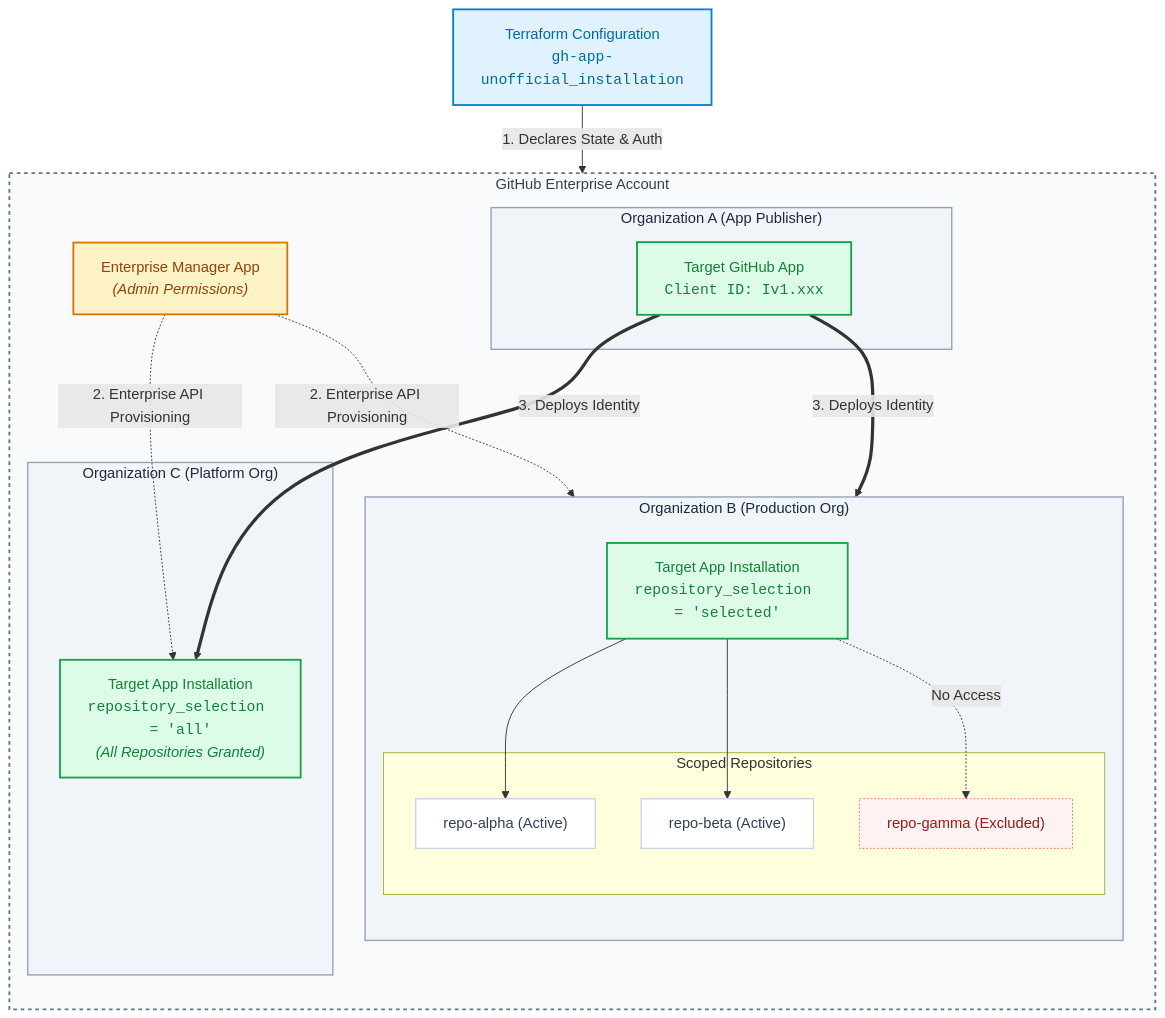
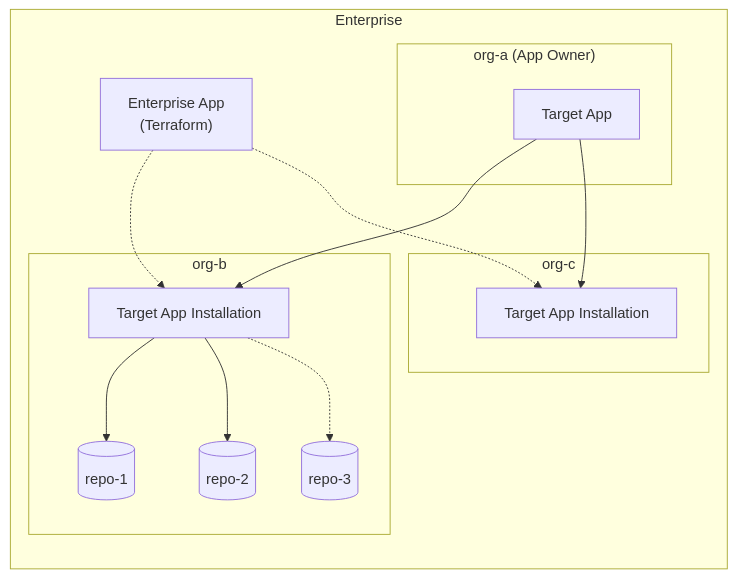
One commit to google/terraform-provider-gh-app-unofficial changed the diagram in README.md. Above: the diagram before and after it, drawn with Mermaid. The commit also changed 1 other file, not shown here.

Commit message:
update graphs

````diff
--- a/README.md
+++ b/README.md
@@ -38,48 +38,33 @@
 ```mermaid
 flowchart TD
-    %% Styling Classes
-    classDef tf fill:#e0f2fe,stroke:#0284c7,stroke-width:2px,color:#0369a1;
-    classDef ent fill:#f8fafc,stroke:#64748b,stroke-width:2px,stroke-dasharray: 4 4,color:#334155;
-    classDef manager fill:#fef3c7,stroke:#d97706,stroke-width:2px,color:#92400e;
-    classDef target fill:#dcfce7,stroke:#16a34a,stroke-width:2px,color:#15803d;
-    classDef org fill:#f1f5f9,stroke:#94a3b8,stroke-width:1.5px,color:#1e293b;
-    classDef repo fill:#ffffff,stroke:#cbd5e1,stroke-width:1.5px,color:#334155;
-    classDef excluded fill:#fef2f2,stroke:#f87171,stroke-width:1px,stroke-dasharray: 2 2,color:#991b1b;
+    subgraph Enterprise ["Enterprise"]
+        direction TB
 
-    TF["Terraform Configuration<br/><code>gh-app-unofficial_installation</code>"]:::tf
+        MGR["Enterprise App<br/>(Terraform)"]
 
-    subgraph ENT ["GitHub Enterprise Account"]
-        direction TB
-        MGR["Enterprise Manager App<br/><i>(Admin Permissions)</i>"]:::manager
-        
-        subgraph ORG_A ["Organization A (App Publisher)"]
-            TAPP["Target GitHub App<br/><code>Client ID: Iv1.xxx</code>"]:::target
+        subgraph ORG_A ["org-a (App Owner)"]
+            TARGET_APP["Target App"]
         end
 
-        subgraph ORG_B ["Organization B (Production Org)"]
-            direction TB
-            INST_B["Target App Installation<br/><code>repository_selection = 'selected'</code>"]:::target
-            subgraph REPOS_B ["Scoped Repositories"]
-                R1["repo-alpha (Active)"]:::repo
-                R2["repo-beta (Active)"]:::repo
-                R3["repo-gamma (Excluded)"]:::excluded
-            end
+        subgraph ORG_B ["org-b"]
+            INST_B["Target App Installation"]
+            R1[("repo-1")]
+            R2[("repo-2")]
+            R3[("repo-3")]
+
             INST_B --> R1
             INST_B --> R2
-            INST_B -.->|No Access| R3
+            INST_B -.-> R3
         end
 
-        subgraph ORG_C ["Organization C (Platform Org)"]
-            INST_C["Target App Installation<br/><code>repository_selection = 'all'</code><br/><i>(All Repositories Granted)</i>"]:::target
+        subgraph ORG_C ["org-c"]
+            INST_C["Target App Installation"]
         end
+
+        MGR -.-> INST_B
+        MGR -.-> INST_C
+
+        TARGET_APP --> INST_B
+        TARGET_APP --> INST_C
     end
-
-    TF -->|"1. Declares State & Auth"| MGR
-    MGR -.->|"2. Enterprise API Provisioning"| INST_B
-    MGR -.->|"2. Enterprise API Provisioning"| INST_C
-    TAPP ==>|"3. Deploys Identity"| INST_B
-    TAPP ==>|"3. Deploys Identity"| INST_C
-
-    class ENT ent;
-    class ORG_A,ORG_B,ORG_C org;
 ```
````
